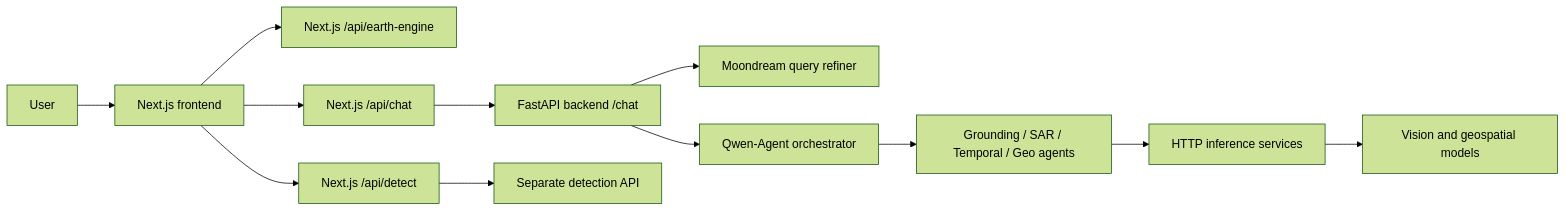
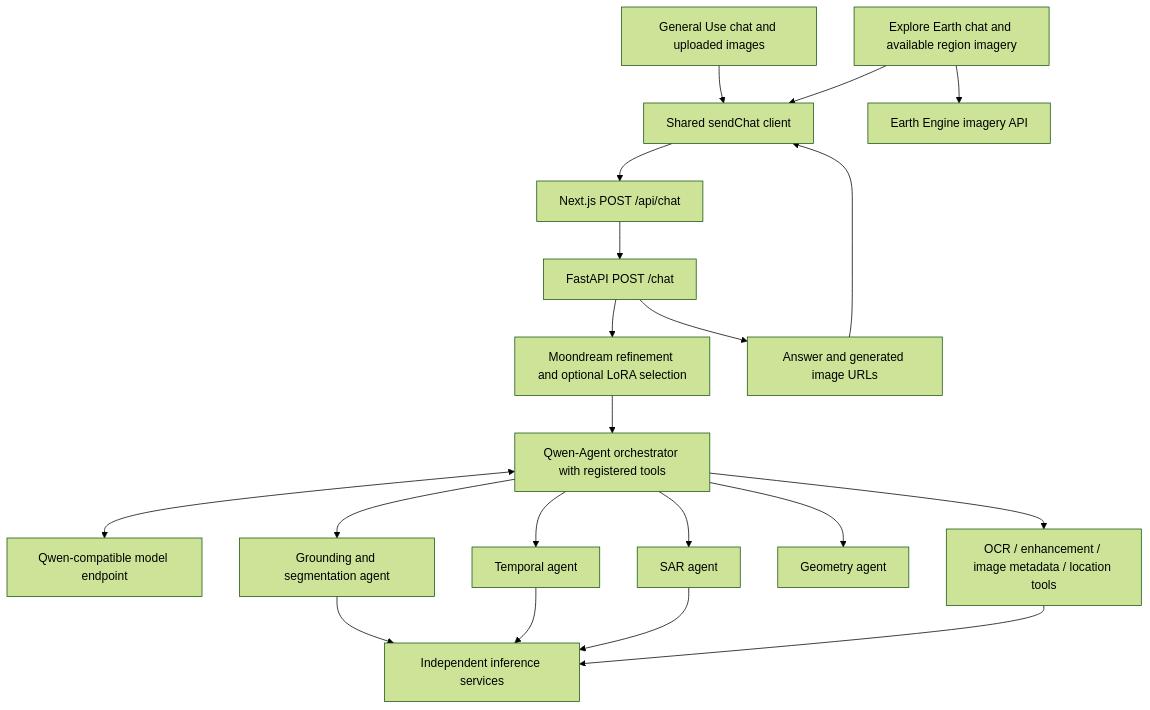
Before and after one commit to Warrior5301/GaiaLens: the first of 2 diagrams in README.md, drawn with Mermaid (forest theme). The commit also changed other lines of this file and 42 other files, not shown here.

````diff
--- a/README.md
+++ b/README.md
@@ -34,14 +23,22 @@
 ```mermaid
-flowchart LR
-    User[User] --> UI[Next.js frontend]
-    UI --> EE[Next.js /api/earth-engine]
-    UI --> ChatProxy[Next.js /api/chat]
-    UI --> DetectProxy[Next.js /api/detect]
-    ChatProxy --> API[FastAPI backend /chat]
-    DetectProxy --> Detect[Separate detection API]
-    API --> Refiner[Moondream query refiner]
-    API --> Agent[Qwen-Agent orchestrator]
-    Agent --> Specialist[Grounding / SAR / Temporal / Geo agents]
-    Specialist --> Services[HTTP inference services]
-    Services --> Models[Vision and geospatial models]
+flowchart TD
+    General[General Use chat and uploaded images] --> Client[Shared sendChat client]
+    Explore[Explore Earth chat and available region imagery] --> Client
+    Client --> Proxy[Next.js POST /api/chat]
+    Proxy --> Gateway[FastAPI POST /chat]
+    Gateway --> Refiner[Moondream refinement and optional LoRA selection]
+    Refiner --> Orchestrator[Qwen-Agent orchestrator with registered tools]
+    Orchestrator <--> Qwen[Qwen-compatible model endpoint]
+    Orchestrator --> Ground[Grounding and segmentation agent]
+    Orchestrator --> Temporal[Temporal agent]
+    Orchestrator --> SAR[SAR agent]
+    Orchestrator --> Geo[Geometry agent]
+    Orchestrator --> Tools[OCR / enhancement / image metadata / location tools]
+    Ground --> Services[Independent inference services]
+    Temporal --> Services
+    SAR --> Services
+    Tools --> Services
+    Gateway --> Output[Answer and generated image URLs]
+    Output --> Client
+    Explore --> EE[Earth Engine imagery API]
 ```
````
